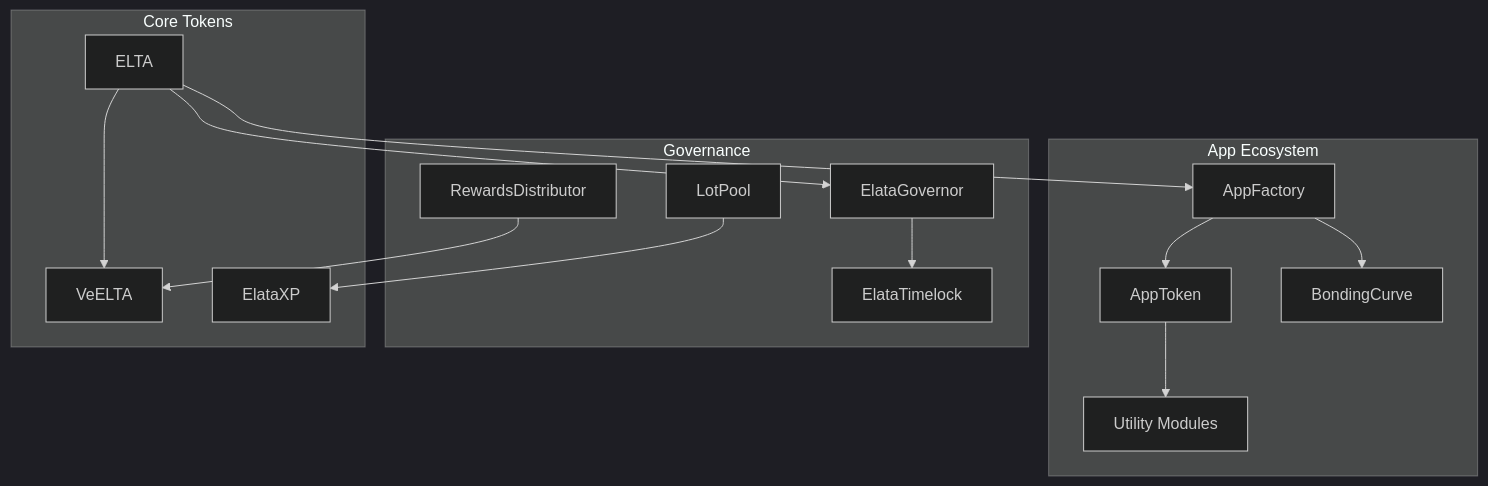
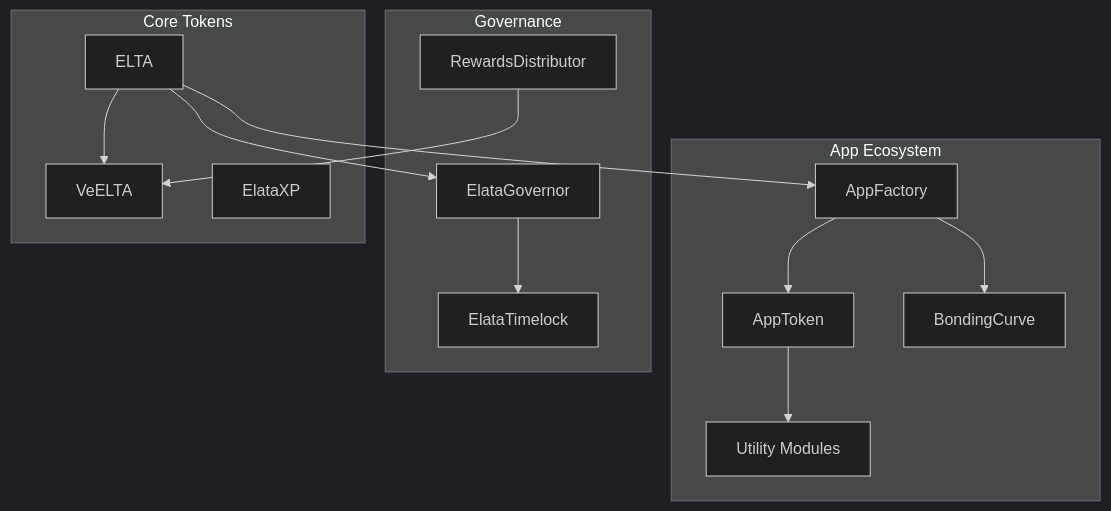
Before and after one commit to Elata-Biosciences/elata-protocol: the first of 3 diagrams in docs/ARCHITECTURE.md, drawn with Mermaid (dark theme). The commit also changed other lines of this file and 12 other files, not shown here.

First line of the commit message:
feat(vNext): remove LotPool contract and all references

````diff
--- a/docs/ARCHITECTURE.md
+++ b/docs/ARCHITECTURE.md
@@ -15,34 +15,32 @@
 ```mermaid
 graph TB
     subgraph "App Ecosystem"
         AppFactory[AppFactory]
         AppToken[AppToken]
         BondingCurve[BondingCurve]
         Modules[Utility Modules]
     end
     
     subgraph "Governance"
         Governor[ElataGovernor]
         Timelock[ElataTimelock]
-        LotPool[LotPool]
         Rewards[RewardsDistributor]
     end
     
     subgraph "Core Tokens"
         ELTA[ELTA]
         VeELTA[VeELTA]
         XP[ElataXP]
     end
     
     AppFactory --> AppToken
     AppFactory --> BondingCurve
     AppToken --> Modules
     
     Governor --> Timelock
-    LotPool --> XP
     Rewards --> VeELTA
     
     ELTA --> VeELTA
     ELTA --> Governor
     ELTA --> AppFactory
 ```
````
